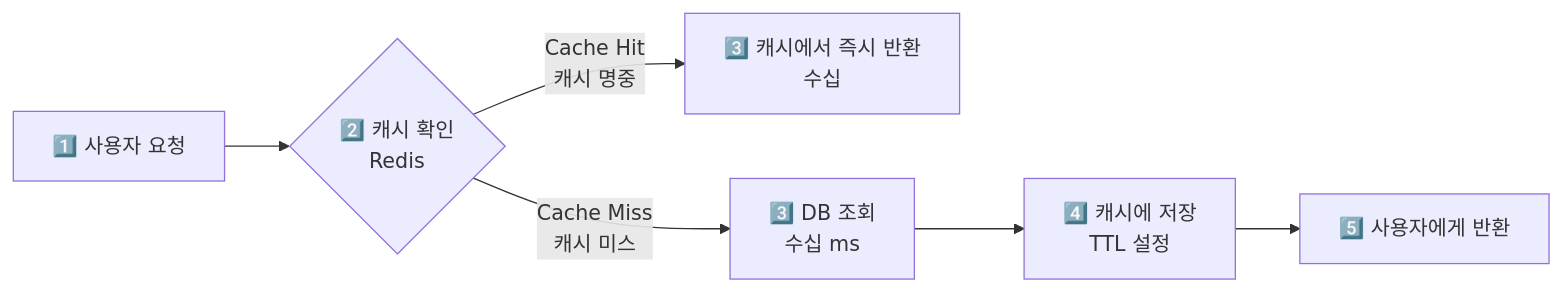
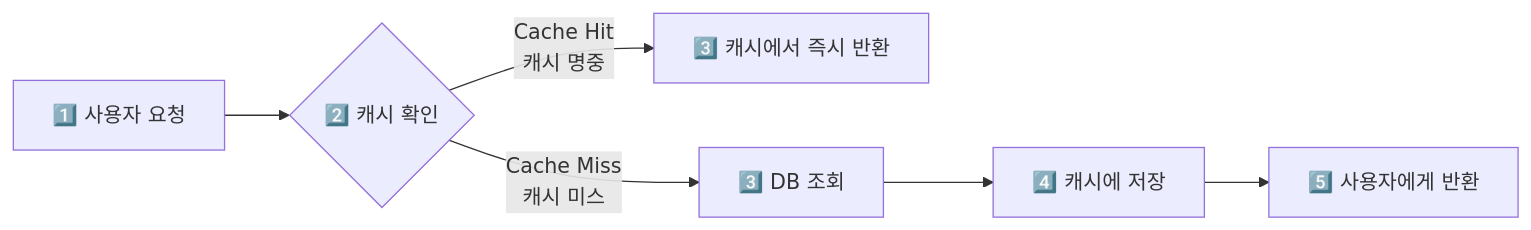
Before and after one commit to yjkim2015/yjkim2015.github.io: the tenth of 17 diagrams in _posts/systemdesign/2026-05-02-system-design-fundamentals.md, drawn with Mermaid. The commit also changed other lines of this file and 217 other files, not shown here.

First line of the commit message:
Mermaid 크기 수정: useMaxWidth:true + SVG max-width:100% + 라벨 축소

````diff
--- a/_posts/systemdesign/2026-05-02-system-design-fundamentals.md
+++ b/_posts/systemdesign/2026-05-02-system-design-fundamentals.md
@@ -380,8 +380,8 @@
 ```mermaid
 graph LR
-    A["1️⃣ 사용자 요청"] --> B{"2️⃣ 캐시 확인\nRedis"}
-    B -->|"Cache Hit\n캐시 명중"| C["3️⃣ 캐시에서 즉시 반환\n수십"]
-    B -->|"Cache Miss\n캐시 미스"| D["3️⃣ DB 조회\n수십 ms"]
-    D --> E["4️⃣ 캐시에 저장\nTTL 설정"]
+    A["1️⃣ 사용자 요청"] --> B{"2️⃣ 캐시 확인"}
+    B -->|"Cache Hit\n캐시 명중"| C["3️⃣ 캐시에서 즉시 반환"]
+    B -->|"Cache Miss\n캐시 미스"| D["3️⃣ DB 조회"]
+    D --> E["4️⃣ 캐시에 저장"]
     E --> F["5️⃣ 사용자에게 반환"]
 ```
````
